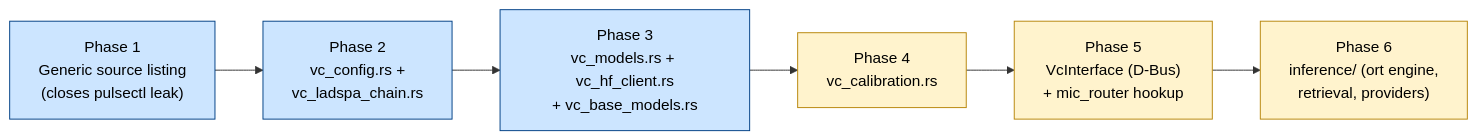
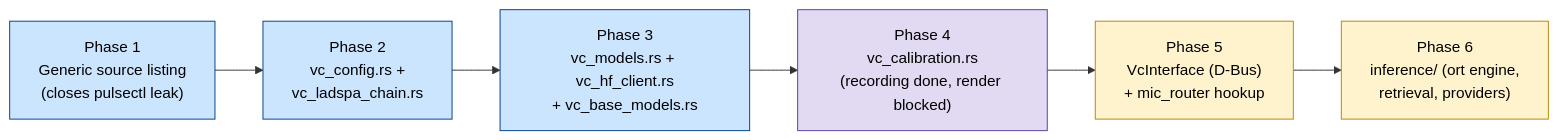
One commit to elegos/Linux-Arctis-Manager changed the first of 3 diagrams in docs/voice-changing-feature.md. Above: the diagram before and after it, drawn with Mermaid. The commit also changed other lines of this file and 5 other files, not shown here.

Commit message:
Port voice changer calibration recording to Rust: pw-record capture, downmix, WAV writing, and variant proposal

````diff
--- a/docs/voice-changing-feature.md
+++ b/docs/voice-changing-feature.md
@@ -23,14 +23,15 @@
 ```mermaid
 flowchart LR
     classDef done fill:#cce5ff,stroke:#004085,color:#000
+    classDef partial fill:#e2d9f3,stroke:#5a3d99,color:#000
     classDef todo fill:#fff3cd,stroke:#b8860b,color:#000
 
     P1["Phase 1\nGeneric source listing\n(closes pulsectl leak)"]:::done
     P2["Phase 2\nvc_config.rs +\nvc_ladspa_chain.rs"]:::done
     P3["Phase 3\nvc_models.rs + vc_hf_client.rs\n+ vc_base_models.rs"]:::done
-    P4["Phase 4\nvc_calibration.rs"]:::todo
+    P4["Phase 4\nvc_calibration.rs\n(recording done, render blocked)"]:::partial
     P5["Phase 5\nVcInterface (D-Bus)\n+ mic_router hookup"]:::todo
     P6["Phase 6\ninference/ (ort engine,\nretrieval, providers)"]:::todo
 
     P1 --> P2 --> P3 --> P4 --> P5 --> P6
 ```
````
